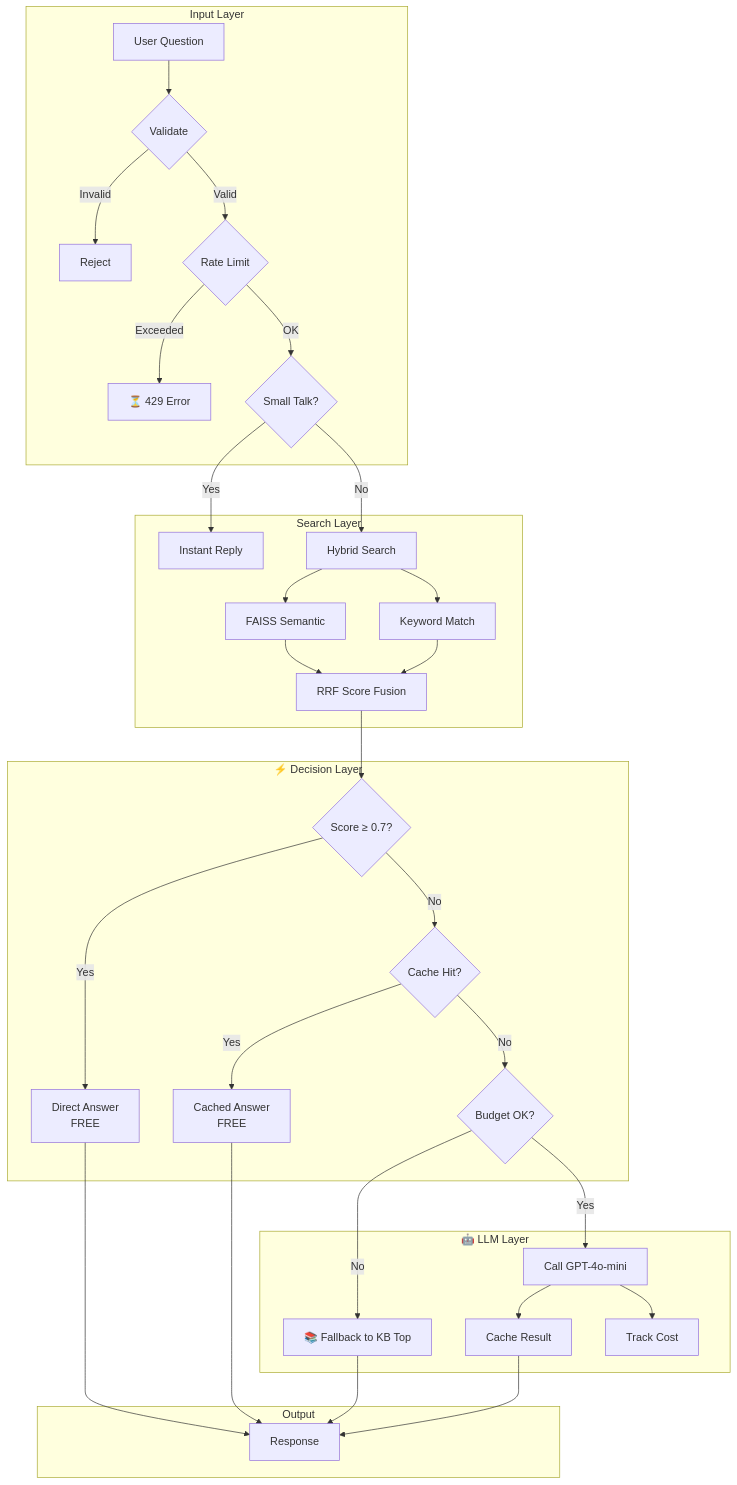
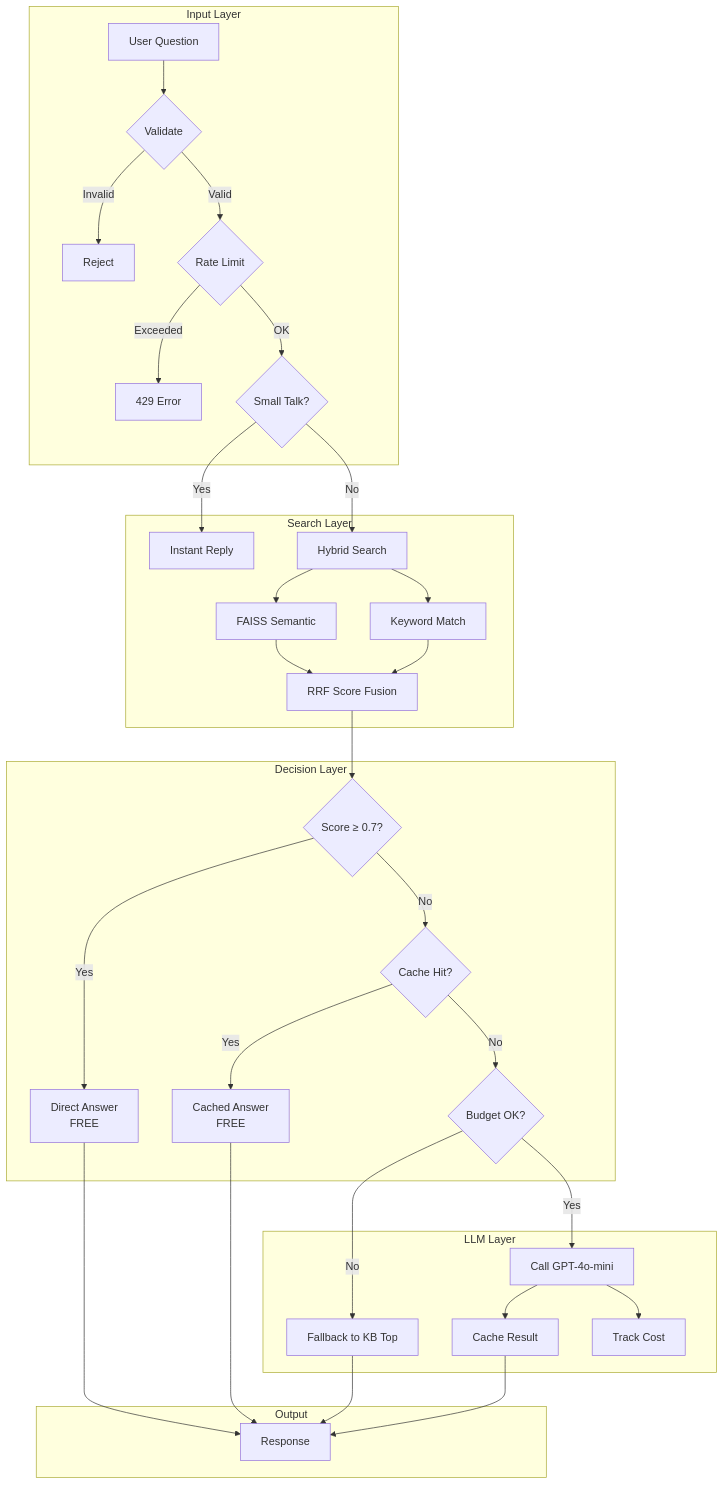
Before and after one commit to Jedsadha1777/workflow: the diagram in faqbot/README.md, drawn with Mermaid.

Commit message:
add chatbot

````diff
--- a/faqbot/README.md
+++ b/faqbot/README.md
@@ -30,42 +30,42 @@
 ```mermaid
 flowchart TD
     subgraph Input["Input Layer"]
         A[User Question] --> B{Validate}
         B -->|Invalid| B1[Reject]
         B -->|Valid| C{Rate Limit}
-        C -->|Exceeded| C1[⏳ 429 Error]
+        C -->|Exceeded| C1[429 Error]
         C -->|OK| D{Small Talk?}
     end
 
     subgraph Search["Search Layer"]
         D -->|Yes| D1[Instant Reply]
         D -->|No| E[Hybrid Search]
         E --> F[FAISS Semantic]
         E --> G[Keyword Match]
         F --> H[RRF Score Fusion]
         G --> H
     end
 
-    subgraph Decision["⚡ Decision Layer"]
+    subgraph Decision["Decision Layer"]
         H --> I{Score ≥ 0.7?}
         I -->|Yes| J[Direct Answer<br/>FREE]
         I -->|No| K{Cache Hit?}
         K -->|Yes| L[Cached Answer<br/>FREE]
         K -->|No| M{Budget OK?}
     end
 
-    subgraph LLM["🤖 LLM Layer"]
-        M -->|No| N[📚 Fallback to KB Top]
+    subgraph LLM["LLM Layer"]
+        M -->|No| N[Fallback to KB Top]
         M -->|Yes| O[Call GPT-4o-mini]
         O --> P[Cache Result]
         O --> Q[Track Cost]
     end
 
     subgraph Output["Output"]
         J --> R[Response]
         L --> R
         N --> R
         P --> R
     end
 
 ```
````
